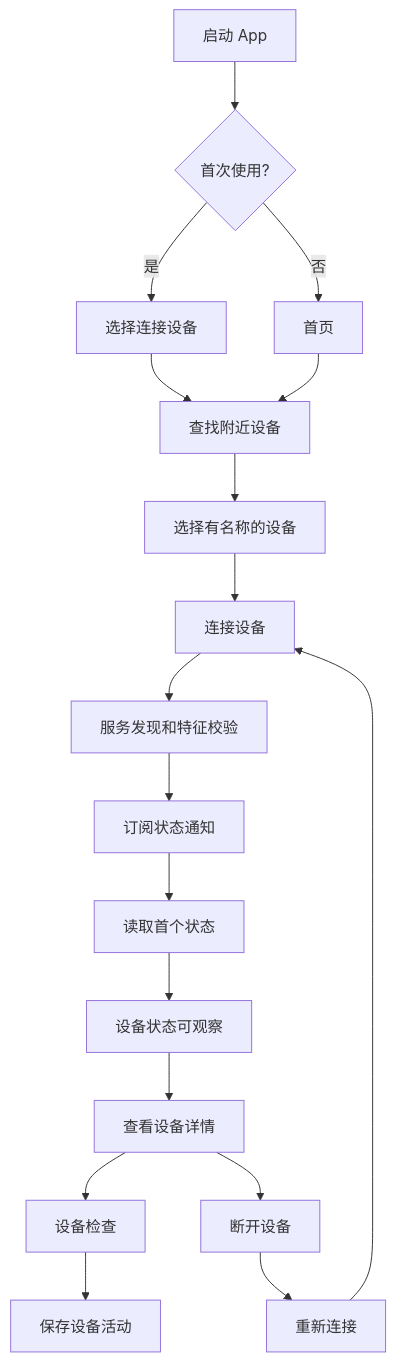
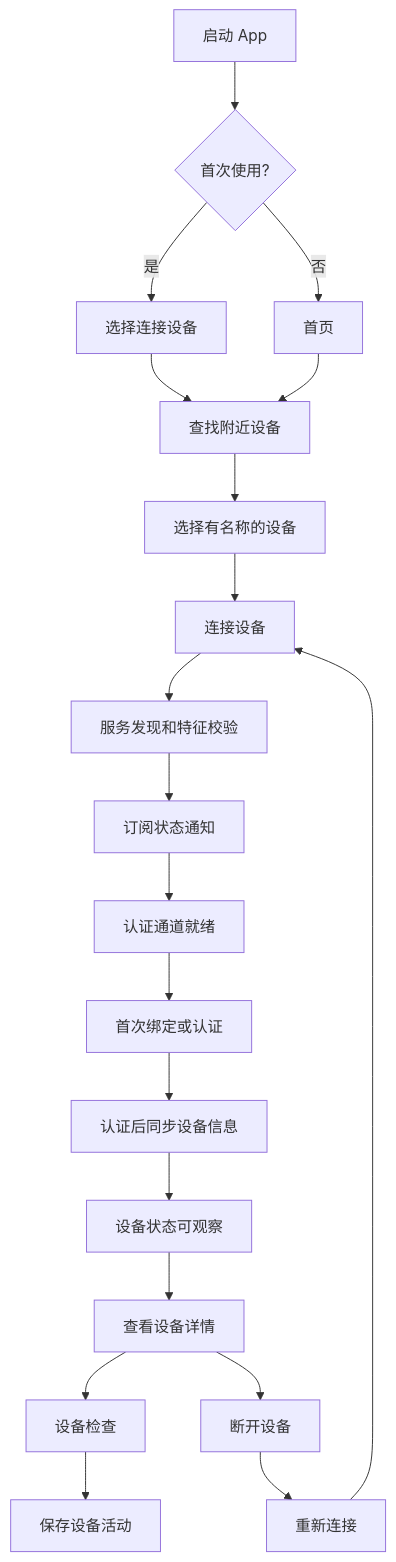
One commit to 01xkp/EVT_Flutter_APP changed the first of 3 diagrams in docs/app-device-flow.md. Above: the diagram before and after it, drawn with Mermaid. The commit also changed other lines of this file and 97 other files, not shown here.

````diff
--- a/docs/app-device-flow.md
+++ b/docs/app-device-flow.md
@@ -35,20 +37,22 @@
 ```mermaid
 flowchart TD
     A[启动 App] --> B{首次使用?}
     B -- 是 --> C[选择连接设备]
     B -- 否 --> D[首页]
     C --> E[查找附近设备]
     D --> E
     E --> F[选择有名称的设备]
     F --> G[连接设备]
     G --> H[服务发现和特征校验]
     H --> I[订阅状态通知]
-    I --> J[读取首个状态]
-    J --> K[设备状态可观察]
-    K --> L[查看设备详情]
-    L --> M[设备检查]
-    M --> N[保存设备活动]
-    L --> O[断开设备]
-    O --> P[重新连接]
-    P --> G
+    I --> J[认证通道就绪]
+    J --> K[首次绑定或认证]
+    K --> L[认证后同步设备信息]
+    L --> M[设备状态可观察]
+    M --> N[查看设备详情]
+    N --> O[设备检查]
+    O --> P[保存设备活动]
+    N --> Q[断开设备]
+    Q --> R[重新连接]
+    R --> G
 ```
````
